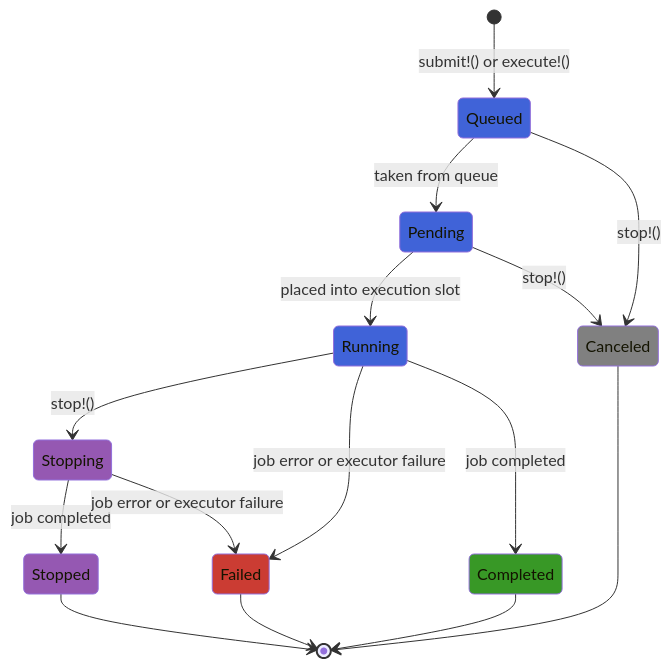
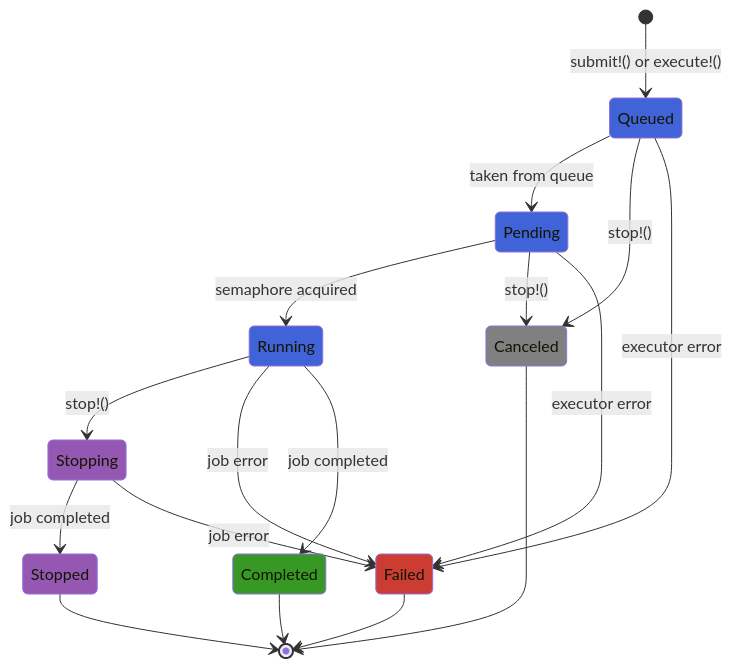
One commit to andreykochegura/JackBaboon.jl changed the diagram in README.md. Above: the diagram before and after it, drawn with Mermaid. The commit also changed other lines of this file and 13 other files, not shown here.

````diff
--- a/README.md
+++ b/README.md
@@ -95,35 +95,37 @@
 ```mermaid
     stateDiagram-v2
     classDef queued fill:#4063D8
     classDef pending fill:#4063D8
     classDef running fill:#4063D8
     classDef completed fill:#389826
     classDef failed fill:#CB3C33
     classDef stopping fill:#9558B2
     classDef stopped fill:#9558B2
     classDef canceled fill:grey
 
     class Queued queued
     class Pending pending
     class Running running
     class Completed completed
     class Failed failed
     class Stopping stopping
     class Stopped stopped
     class Canceled canceled
 
     [*] --> Queued: submit!() or execute!()
     Queued --> Pending: taken from queue
     Queued --> Canceled: stop!()
-    Pending --> Running: placed into execution slot
+    Queued --> Failed: executor error
+    Pending --> Running: semaphore acquired
     Pending --> Canceled: stop!()
+    Pending --> Failed: executor error
     Running --> Stopping: stop!()
-    Running --> Failed: job error or executor failure
+    Running --> Failed: job error
     Running --> Completed: job completed
     Stopping --> Stopped: job completed
-    Stopping --> Failed: job error or executor failure
+    Stopping --> Failed: job error
     Stopped --> [*]
     Canceled --> [*]
     Completed --> [*]
     Failed --> [*]
 ```
````
